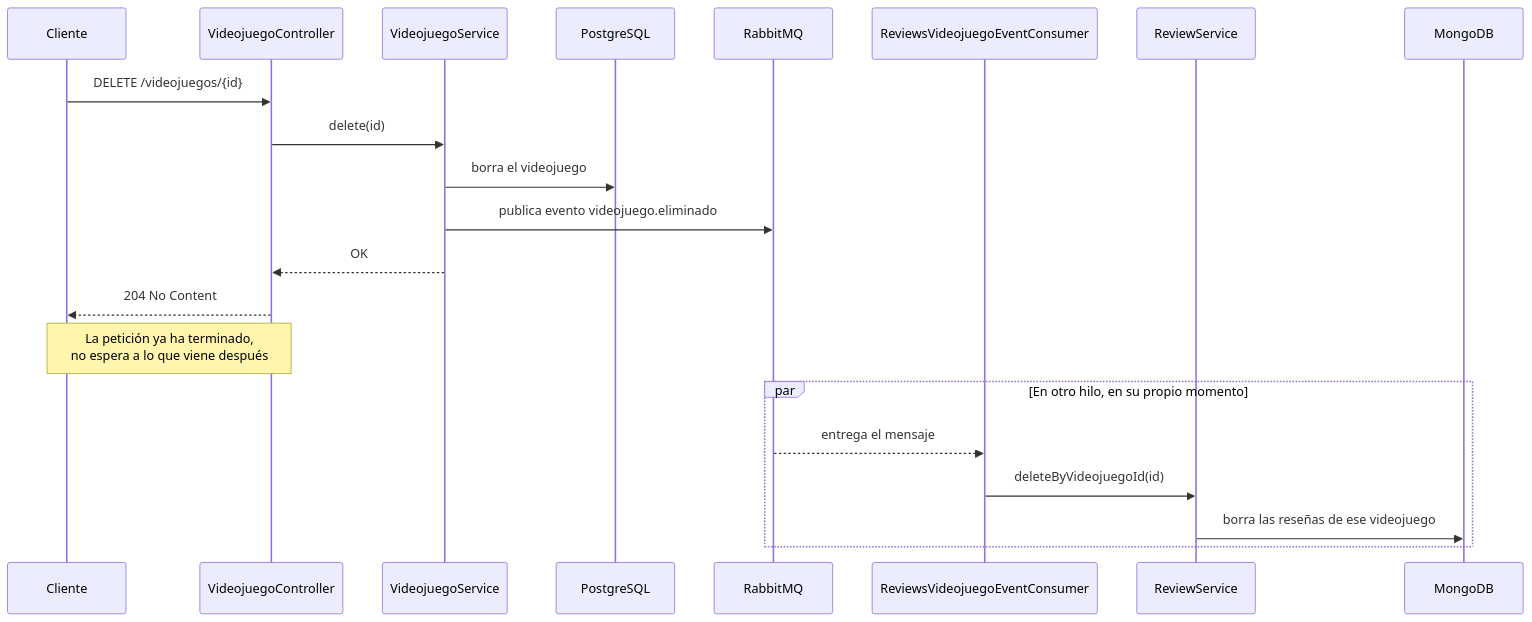
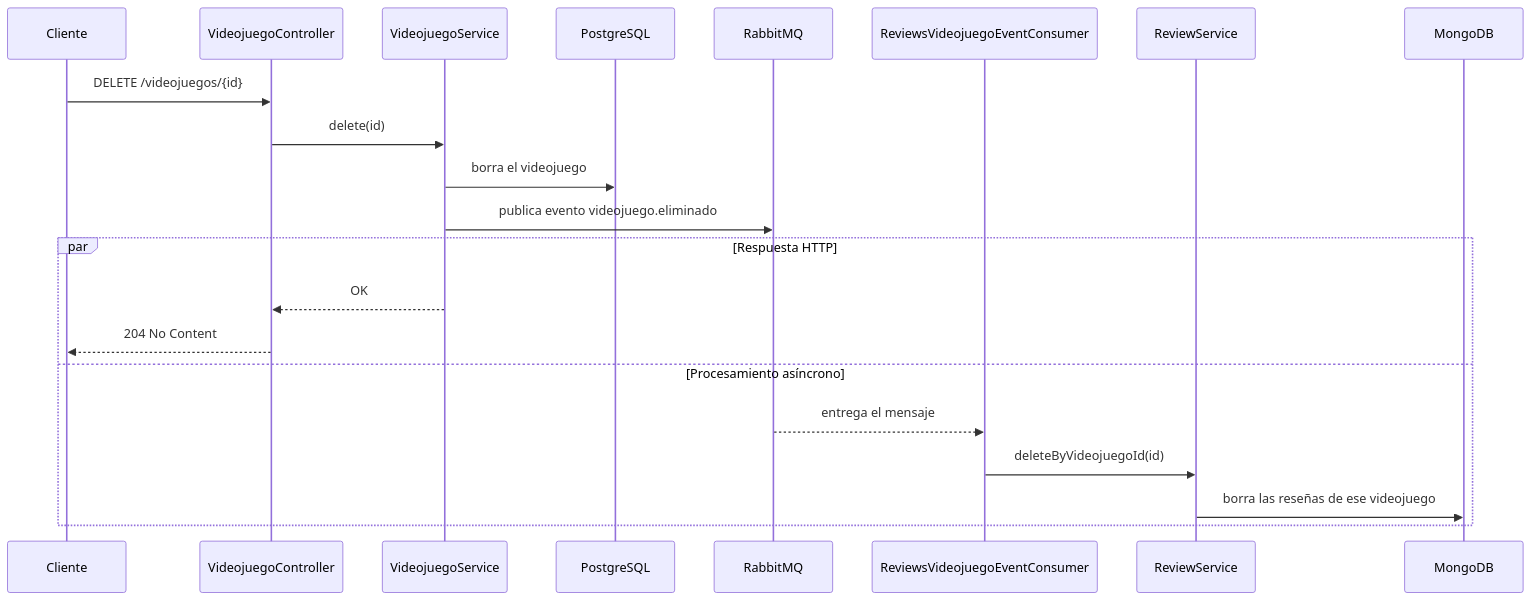
One commit to aitorventura/acceso-a-datos changed the first of 2 diagrams in docs/tema3/actividad_3_2.md. Above: the diagram before and after it, drawn with Mermaid. The commit also changed other lines of this file and 10 other files, not shown here.

````diff
--- a/docs/tema3/actividad_3_2.md
+++ b/docs/tema3/actividad_3_2.md
@@ -24,25 +24,25 @@
 ```mermaid
 sequenceDiagram
     participant Cliente
     participant Controller as VideojuegoController
     participant Service as VideojuegoService
     participant PG as PostgreSQL
     participant MQ as RabbitMQ
     participant Consumer as ReviewsVideojuegoEventConsumer
     participant RS as ReviewService
     participant Mongo as MongoDB
 
     Cliente->>Controller: DELETE /videojuegos/{id}
     Controller->>Service: delete(id)
     Service->>PG: borra el videojuego
     Service->>MQ: publica evento videojuego.eliminado
-    Service-->>Controller: OK
-    Controller-->>Cliente: 204 No Content
-    Note over Cliente,Controller: La petición ya ha terminado,<br/>no espera a lo que viene después
 
-    par En otro hilo, en su propio momento
+    par Respuesta HTTP
+        Service-->>Controller: OK
+        Controller-->>Cliente: 204 No Content
+    and Procesamiento asíncrono
         MQ-->>Consumer: entrega el mensaje
         Consumer->>RS: deleteByVideojuegoId(id)
         RS->>Mongo: borra las reseñas de ese videojuego
     end
 ```
````
